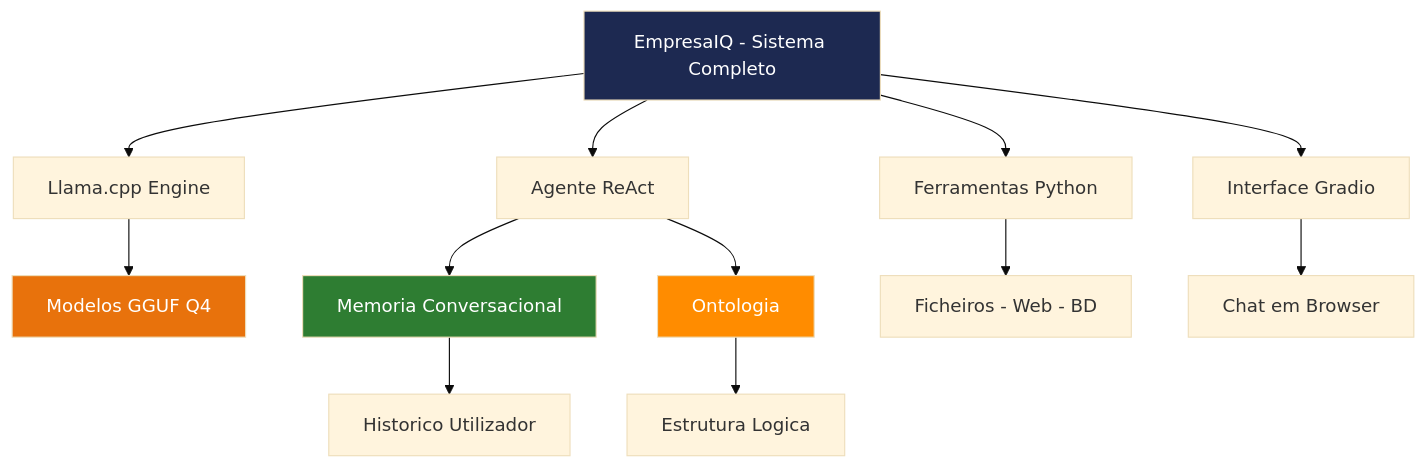
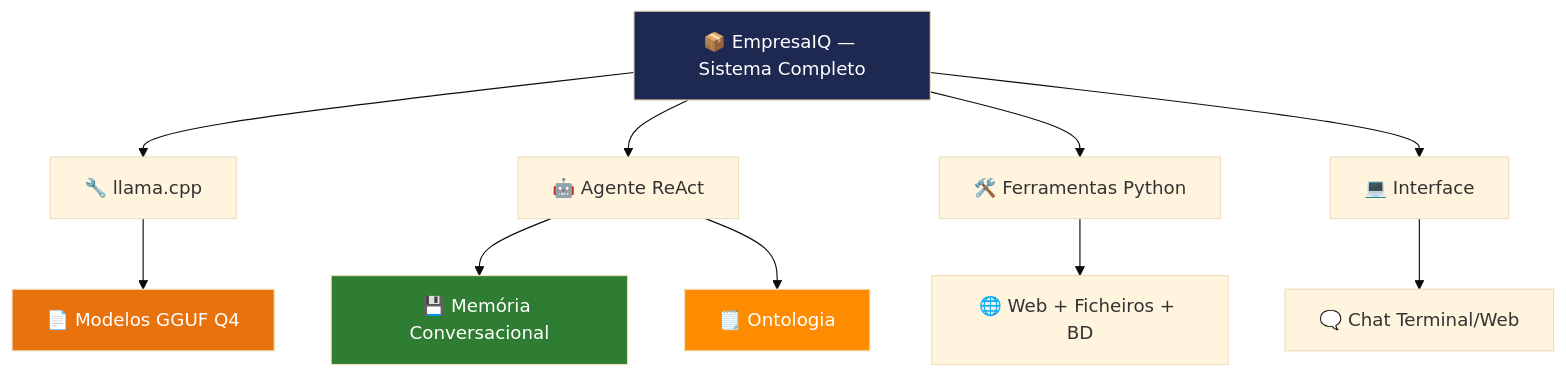
Before and after one commit to icpmtech/empresaiq-ebook: the diagram in docs/17-conclusao.md, drawn with Mermaid (base theme). The commit also changed other lines of this file and 24 other files, not shown here.

````diff
--- a/docs/17-conclusao.md
+++ b/docs/17-conclusao.md
@@ -9,18 +17,16 @@
 ```mermaid
 graph TD
-    A[EmpresaIQ - Sistema Completo] --> B[Llama.cpp Engine]
-    A --> C[Agente ReAct]
-    A --> D[Ferramentas Python]
-    A --> E[Interface Gradio]
-    B --> F[Modelos GGUF Q4]
-    C --> G[Memoria Conversacional]
-    C --> O[Ontologia]
-    D --> H[Ficheiros - Web - BD]
-    E --> I[Chat em Browser]
-    G --> J[Historico Utilizador]
-    O --> K[Estrutura Logica]
+    A["📦 EmpresaIQ — Sistema Completo"] --> B["🔧 llama.cpp"]
+    A --> C["🤖 Agente ReAct"]
+    A --> D["🛠️ Ferramentas Python"]
+    A --> E["💻 Interface"]
+    B --> F["📄 Modelos GGUF Q4"]
+    C --> G["💾 Memória Conversacional"]
+    C --> O["🗒️ Ontologia"]
+    D --> H["🌐 Web + Ficheiros + BD"]
+    E --> I["🗨️ Chat Terminal/Web"]
     style A fill:#1D2951,color:#fff
     style F fill:#E8720C,color:#fff
     style O fill:#FF8C00,color:#fff
     style G fill:#2E7D32,color:#fff
 ```
````
